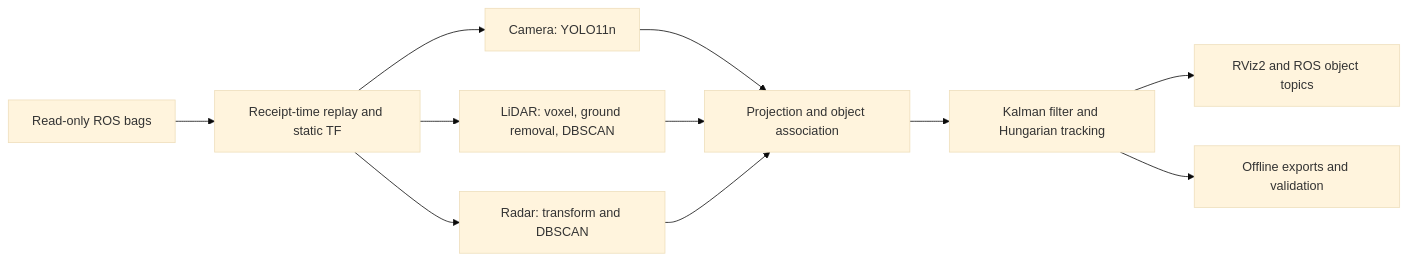
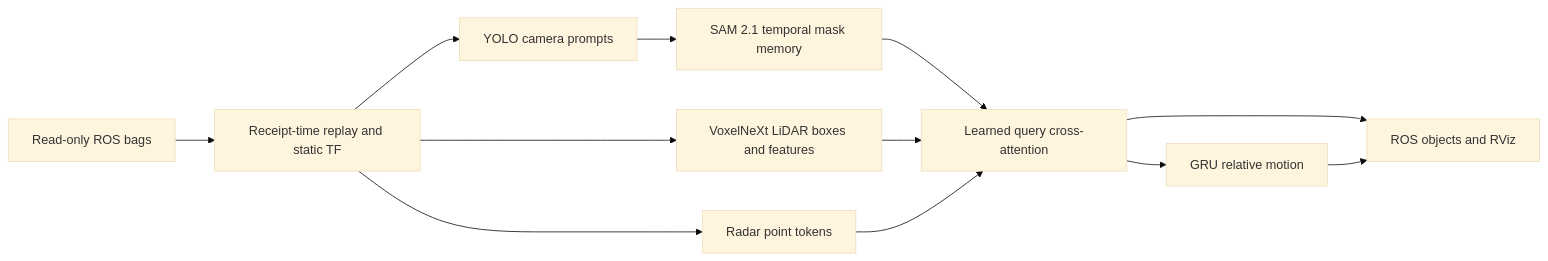
The diagram in README.md (kshitijprasaddev/sensor_fusion), drawn with Mermaid (base theme) before and after one commit. The commit also changed other lines of this file and 41 other files, not shown here.

Commit message:
Implement neural LiDAR, memory tracking and learned sensor fusion

````diff
--- a/README.md
+++ b/README.md
@@ -66,13 +87,14 @@
 ```mermaid
 flowchart LR
     B[Read-only ROS bags] --> T[Receipt-time replay and static TF]
-    T --> C[Camera: YOLO11n]
-    T --> L[LiDAR: voxel, ground removal, DBSCAN]
-    T --> R[Radar: transform and DBSCAN]
-    C --> F[Projection and object association]
-    L --> F
-    R --> F
-    F --> K[Kalman filter and Hungarian tracking]
-    K --> V[RViz2 and ROS object topics]
-    K --> E[Offline exports and validation]
+    T --> Y[YOLO camera prompts]
+    T --> V[VoxelNeXt LiDAR boxes and features]
+    T --> R[Radar point tokens]
+    Y --> S[SAM 2.1 temporal mask memory]
+    S --> A[Learned query cross-attention]
+    V --> A
+    R --> A
+    A --> G[GRU relative motion]
+    A --> O[ROS objects and RViz]
+    G --> O
 ```
````
